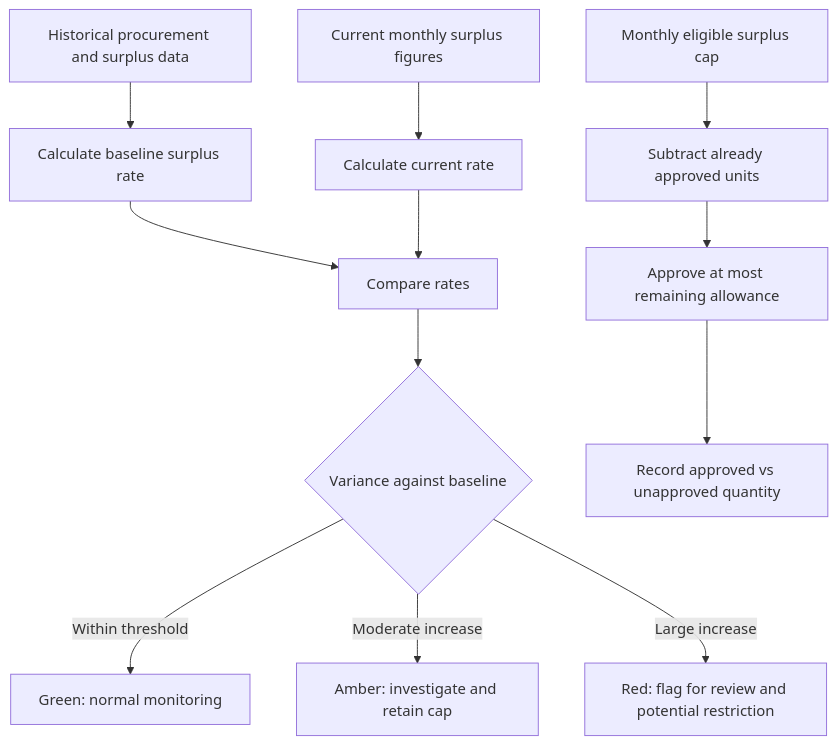
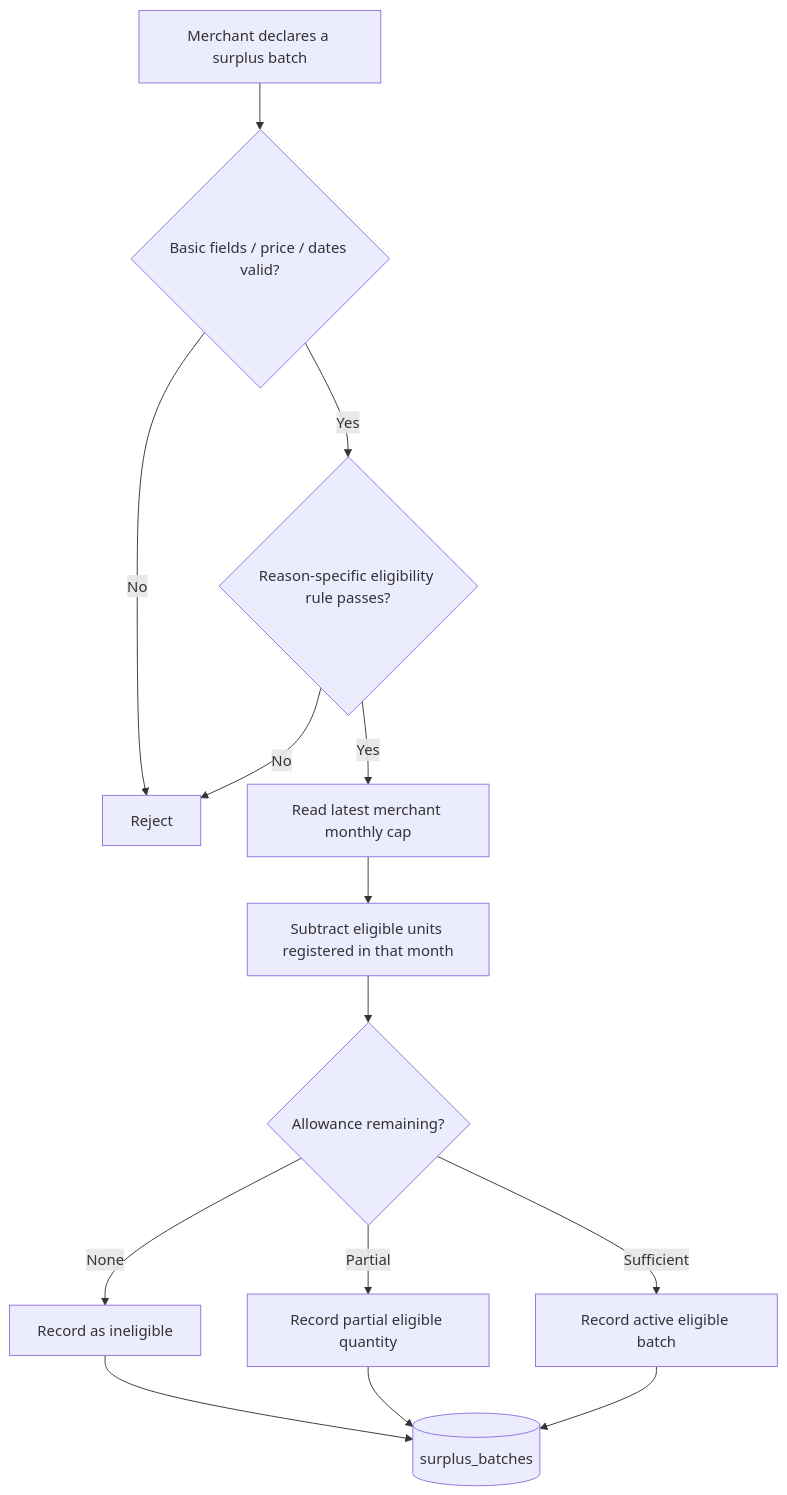
The seventh of 7 diagrams in PROJECT_DOCUMENTATION.md (JonelleTWQ/circular-quest-merchant), drawn with Mermaid before and after one commit. The commit also changed other lines of this file, not shown here.

````diff
--- a/PROJECT_DOCUMENTATION.md
+++ b/PROJECT_DOCUMENTATION.md
@@ -311,14 +369,16 @@
 ```mermaid
 flowchart TD
-    A[Historical procurement and surplus data] --> B[Calculate baseline surplus rate]
-    C[Current monthly surplus figures] --> D[Calculate current rate]
-    B --> E[Compare rates]
-    D --> E
-    E --> F{Variance against baseline}
-    F -->|Within threshold| G[Green: normal monitoring]
-    F -->|Moderate increase| H[Amber: investigate and retain cap]
-    F -->|Large increase| I[Red: flag for review and potential restriction]
-    J[Monthly eligible surplus cap] --> K[Subtract already approved units]
-    K --> L[Approve at most remaining allowance]
-    L --> M[Record approved vs unapproved quantity]
+  A[Merchant declares a surplus batch] --> B{Basic fields / price / dates valid?}
+  B -->|No| R[Reject]
+  B -->|Yes| C{Reason-specific eligibility rule passes?}
+  C -->|No| R
+  C -->|Yes| D[Read latest merchant monthly cap]
+  D --> E[Subtract eligible units registered in that month]
+  E --> F{Allowance remaining?}
+  F -->|None| G[Record as ineligible]
+  F -->|Partial| H[Record partial eligible quantity]
+  F -->|Sufficient| I[Record active eligible batch]
+  G --> J[(surplus_batches)]
+  H --> J
+  I --> J
 ```
````
